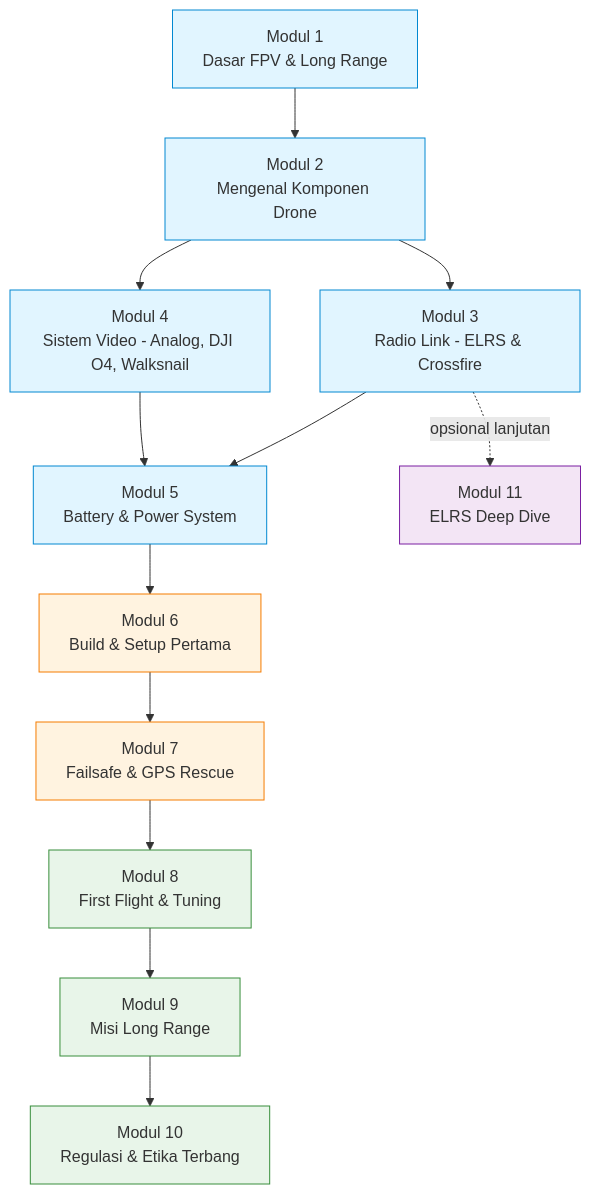
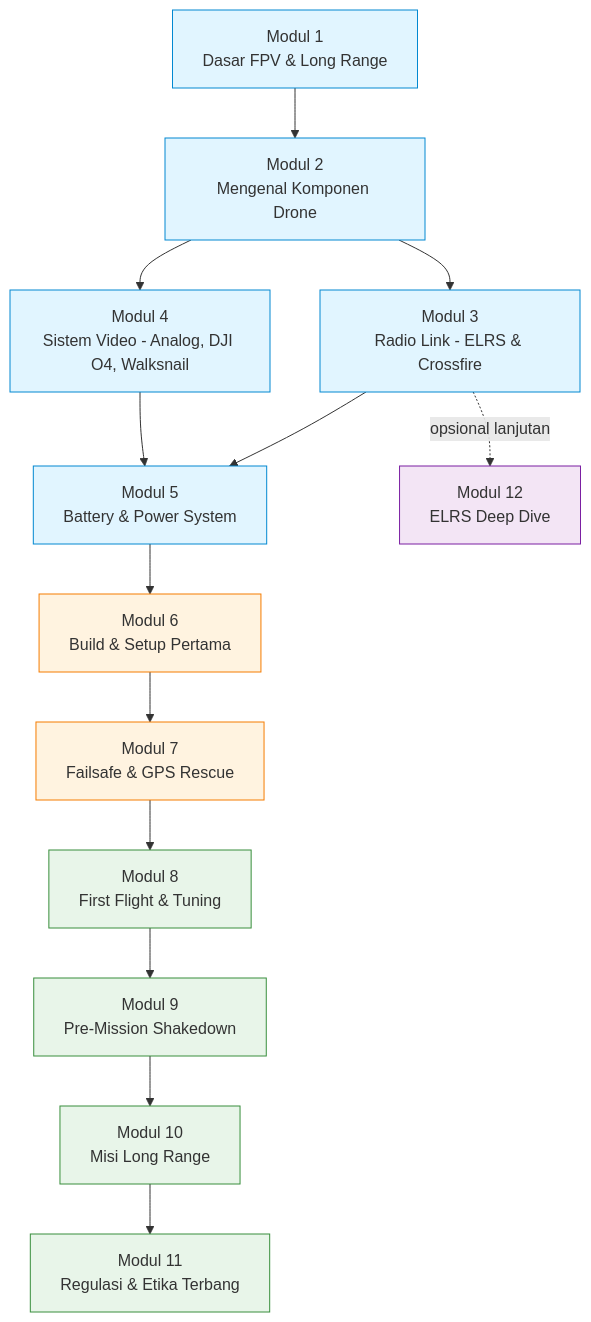
One commit to edhotp/Belajar-FPV-Long-Range changed the first of 2 diagrams in learning/00-index.md. Above: the diagram before and after it, drawn with Mermaid. The commit also changed other lines of this file and 7 other files, not shown here.

First line of the commit message:
feat(learning): tambahkan Modul 9 Pre-Mission Shakedown & renomor 9-11 jadi 10-12

````diff
--- a/learning/00-index.md
+++ b/learning/00-index.md
@@ -21,23 +21,24 @@
 ```mermaid
 flowchart TD
     M1[Modul 1<br/>Dasar FPV & Long Range] --> M2[Modul 2<br/>Mengenal Komponen Drone]
     M2 --> M3[Modul 3<br/>Radio Link - ELRS & Crossfire]
     M2 --> M4[Modul 4<br/>Sistem Video - Analog, DJI O4, Walksnail]
     M3 --> M5[Modul 5<br/>Battery & Power System]
     M4 --> M5
     M5 --> M6[Modul 6<br/>Build & Setup Pertama]
     M6 --> M7[Modul 7<br/>Failsafe & GPS Rescue]
     M7 --> M8[Modul 8<br/>First Flight & Tuning]
-    M8 --> M9[Modul 9<br/>Misi Long Range]
-    M9 --> M10[Modul 10<br/>Regulasi & Etika Terbang]
-    M3 -.opsional lanjutan.-> M11[Modul 11<br/>ELRS Deep Dive]
+    M8 --> M9[Modul 9<br/>Pre-Mission Shakedown]
+    M9 --> M10[Modul 10<br/>Misi Long Range]
+    M10 --> M11[Modul 11<br/>Regulasi & Etika Terbang]
+    M3 -.opsional lanjutan.-> M12[Modul 12<br/>ELRS Deep Dive]
 
     classDef basic fill:#e1f5ff,stroke:#0288d1
     classDef build fill:#fff3e0,stroke:#f57c00
     classDef fly fill:#e8f5e9,stroke:#388e3c
     classDef deep fill:#f3e5f5,stroke:#7b1fa2
     class M1,M2,M3,M4,M5 basic
     class M6,M7 build
-    class M8,M9,M10 fly
-    class M11 deep
+    class M8,M9,M10,M11 fly
+    class M12 deep
 ```
````
